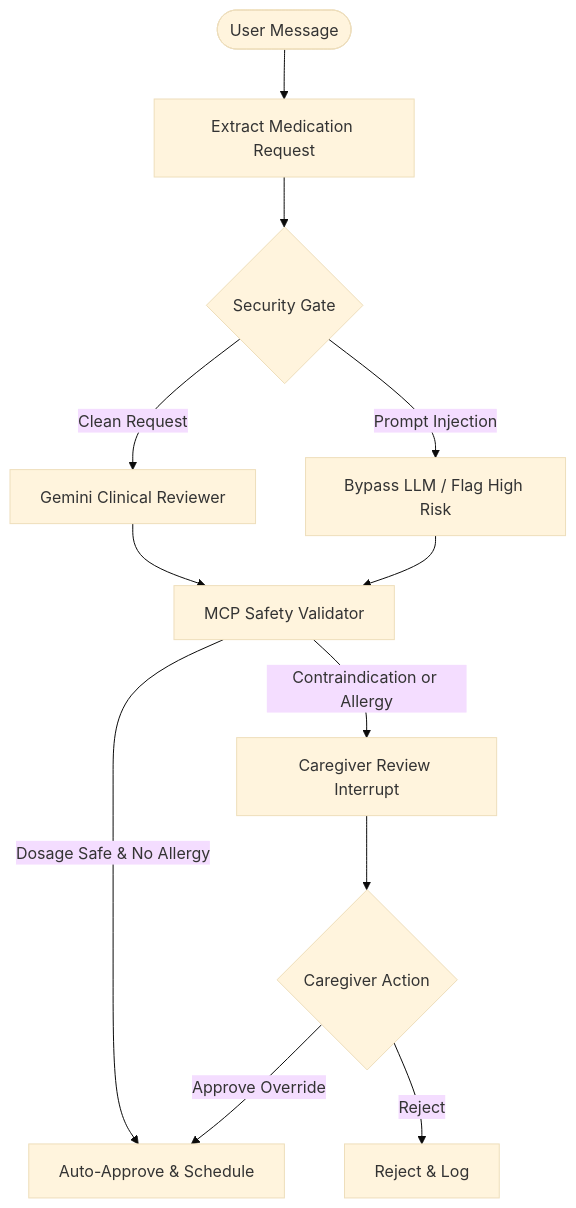
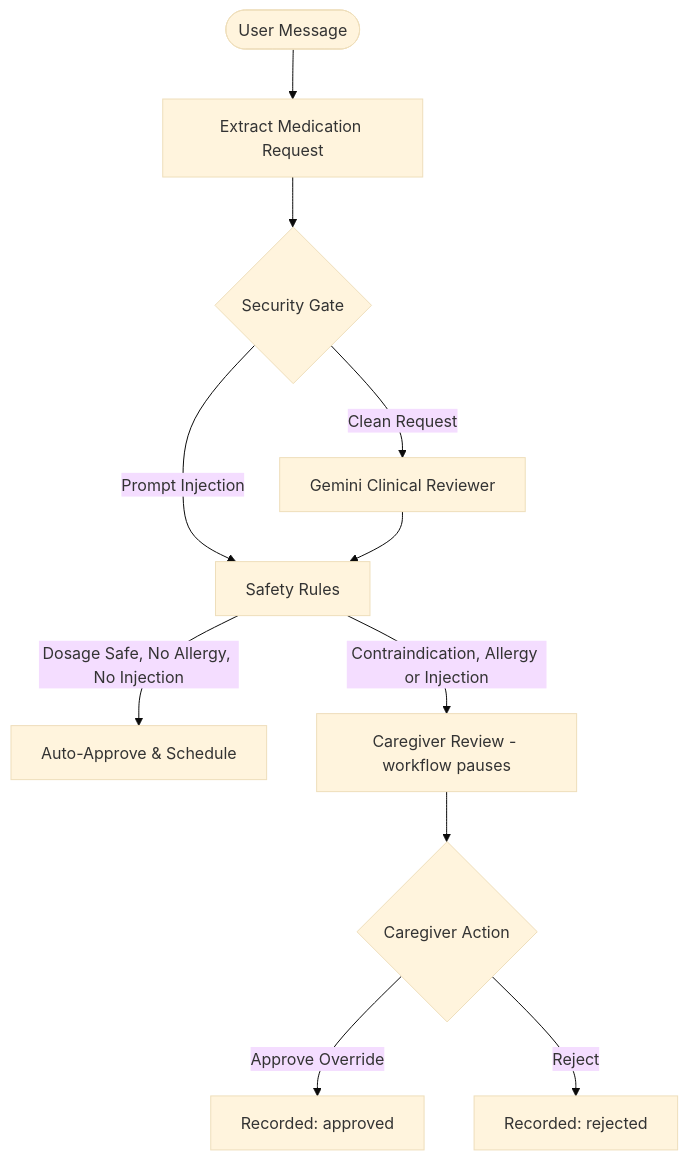
One commit to Dannybl8ze/AegisMed-Personal-Safety-Concierge changed the diagram in README.md. Above: the diagram before and after it, drawn with Mermaid (base theme). The commit also changed other lines of this file and 8 other files, not shown here.

````diff
--- a/README.md
+++ b/README.md
@@ -19,14 +11,13 @@
 ```mermaid
 graph TD
     START([User Message]) --> Ext[Extract Medication Request]
     Ext --> Sec{Security Gate}
-    Sec -- Prompt Injection --> Bypass[Bypass LLM / Flag High Risk]
+    Sec -- Prompt Injection --> Rules[Safety Rules]
     Sec -- Clean Request --> LLM[Gemini Clinical Reviewer]
-    LLM --> MCP[MCP Safety Validator]
-    Bypass --> MCP
-    MCP -- Dosage Safe & No Allergy --> Approve[Auto-Approve & Schedule]
-    MCP -- Contraindication or Allergy --> Triage[Caregiver Review Interrupt]
+    LLM --> Rules
+    Rules -- Dosage Safe, No Allergy, No Injection --> Approve[Auto-Approve & Schedule]
+    Rules -- Contraindication, Allergy or Injection --> Triage[Caregiver Review - workflow pauses]
     Triage --> Decision{Caregiver Action}
-    Decision -- Approve Override --> Approve
-    Decision -- Reject --> Reject[Reject & Log]
+    Decision -- Approve Override --> Done[Recorded: approved]
+    Decision -- Reject --> Rejected[Recorded: rejected]
 ```
````
